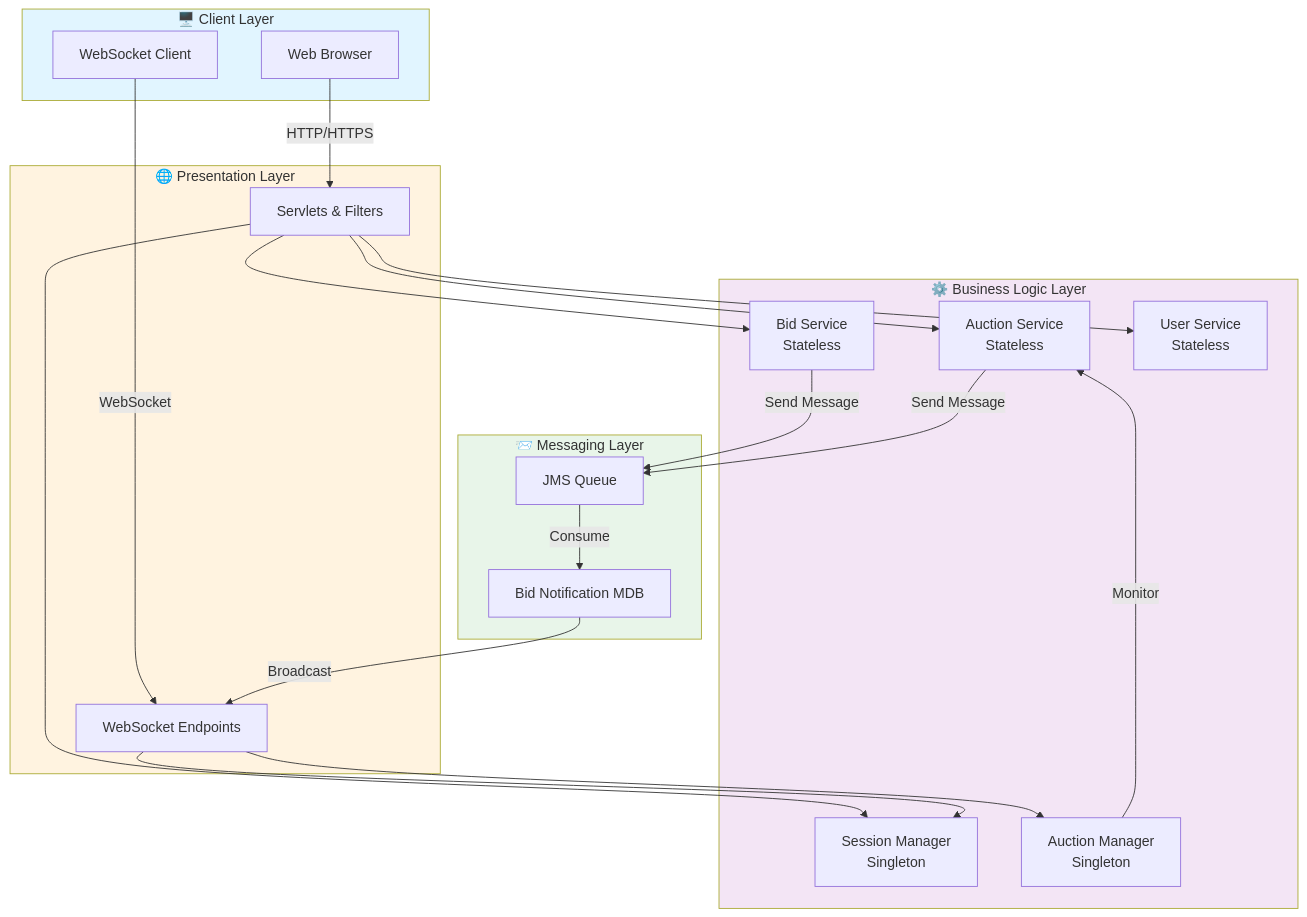
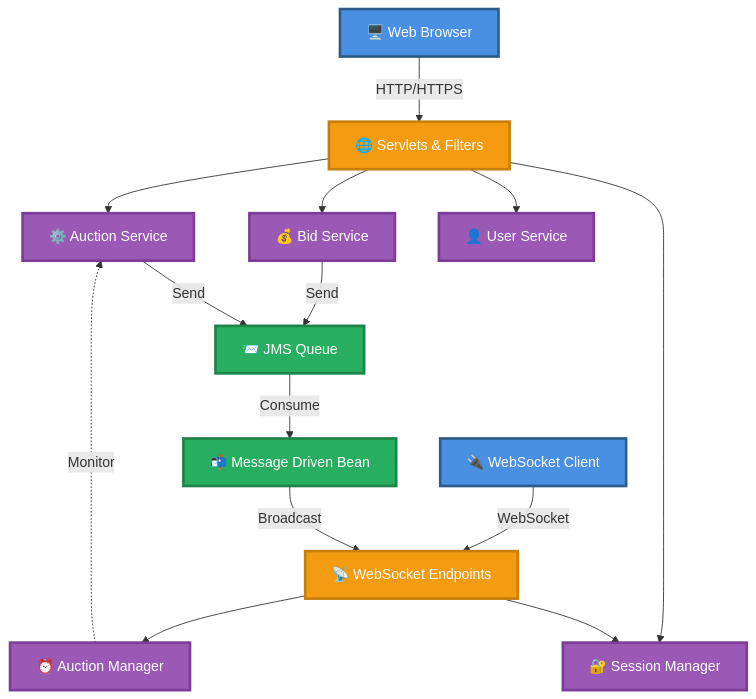
Before and after one commit to isharax9/AuctionSystem: the first of 4 diagrams in README.md, drawn with Mermaid. The commit also changed other lines of this file, not shown here.

Commit message:
refactor: simplify mermaid diagrams and enhance readability in README.md

````diff
--- a/README.md
+++ b/README.md
@@ -92,48 +92,45 @@
 ```mermaid
 graph TB
-    subgraph Client["🖥️ Client Layer"]
-        Browser[Web Browser]
-        WSClient[WebSocket Client]
-    end
+    Browser[🖥️ Web Browser]
+    WSClient[🔌 WebSocket Client]
     
-    subgraph Presentation["🌐 Presentation Layer"]
-        Servlet[Servlets & Filters]
-        WSEndpoint[WebSocket Endpoints]
-    end
+    Servlet[🌐 Servlets & Filters]
+    WSEndpoint[📡 WebSocket Endpoints]
     
-    subgraph Business["⚙️ Business Logic Layer"]
-        AuctionEJB[Auction Service<br/>Stateless]
-        BidEJB[Bid Service<br/>Stateless]
-        UserEJB[User Service<br/>Stateless]
-        SessionMgr[Session Manager<br/>Singleton]
-        AuctionMgr[Auction Manager<br/>Singleton]
-    end
+    AuctionEJB[⚙️ Auction Service]
+    BidEJB[💰 Bid Service]
+    UserEJB[👤 User Service]
+    SessionMgr[🔐 Session Manager]
+    AuctionMgr[⏰ Auction Manager]
     
-    subgraph Messaging["📨 Messaging Layer"]
-        JMS[JMS Queue]
-        MDB[Bid Notification MDB]
-    end
+    JMS[📨 JMS Queue]
+    MDB[📬 Message Driven Bean]
     
     Browser -->|HTTP/HTTPS| Servlet
     WSClient -->|WebSocket| WSEndpoint
     
     Servlet --> AuctionEJB
     Servlet --> BidEJB
     Servlet --> UserEJB
     Servlet --> SessionMgr
     
     WSEndpoint --> AuctionMgr
     WSEndpoint --> SessionMgr
     
-    BidEJB -->|Send Message| JMS
-    AuctionEJB -->|Send Message| JMS
+    BidEJB -->|Send| JMS
+    AuctionEJB -->|Send| JMS
     JMS -->|Consume| MDB
     MDB -->|Broadcast| WSEndpoint
     
-    AuctionMgr -->|Monitor| AuctionEJB
+    AuctionMgr -.->|Monitor| AuctionEJB
     
-    style Client fill:#e1f5ff
-    style Presentation fill:#fff3e0
-    style Business fill:#f3e5f5
-    style Messaging fill:#e8f5e9
+    classDef clientStyle fill:#4A90E2,stroke:#2E5C8A,stroke-width:3px,color:#fff
+    classDef webStyle fill:#F39C12,stroke:#C87F0A,stroke-width:3px,color:#fff
+    classDef businessStyle fill:#9B59B6,stroke:#7D3C98,stroke-width:3px,color:#fff
+    classDef messageStyle fill:#27AE60,stroke:#1E8449,stroke-width:3px,color:#fff
+    
+    class Browser,WSClient clientStyle
+    class Servlet,WSEndpoint webStyle
+    class AuctionEJB,BidEJB,UserEJB,SessionMgr,AuctionMgr businessStyle
+    class JMS,MDB messageStyle
 ```
````
